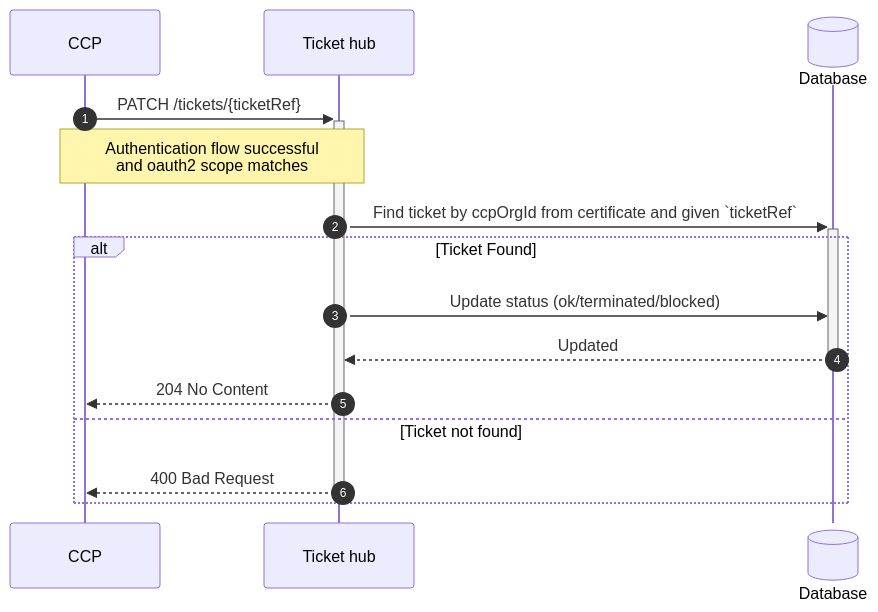
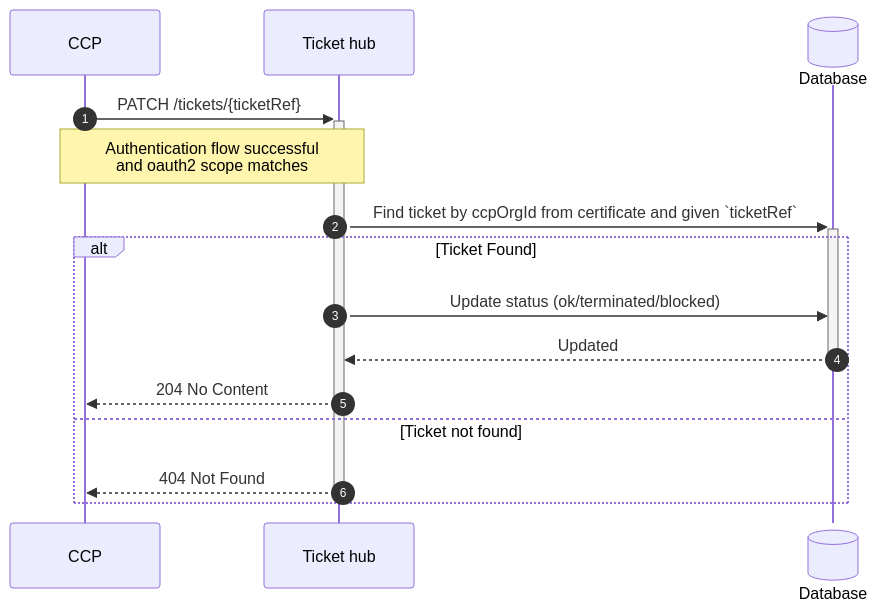
The third of 5 diagrams in UseCases.md (HUSST-de/ABT-Ticketspeicher-Schnittstelle), drawn with Mermaid before and after one commit. The commit also changed other lines of this file and 3 other files, not shown here.

````diff
--- a/UseCases.md
+++ b/UseCases.md
@@ -96,19 +96,19 @@
 ```mermaid
 sequenceDiagram
     autonumber
     participant Client as CCP
     participant Tickethub as Ticket hub
     participant Database@{"type":"database"}
 
     Client->>+Tickethub: PATCH /tickets/{ticketRef}
     note over Client,Tickethub: Authentication flow successful<br>and oauth2 scope matches
 
     Tickethub->>+Database: Find ticket by ccpOrgId from certificate and given `ticketRef`
     alt Ticket Found
         Tickethub->>Database: Update status (ok/terminated/blocked)
         Database-->>-Tickethub: Updated
         Tickethub-->>Client: 204 No Content
     else Ticket not found
-        Tickethub-->>-Client: 400 Bad Request
+        Tickethub-->>-Client: 404 Not Found
     end
 ```
````
